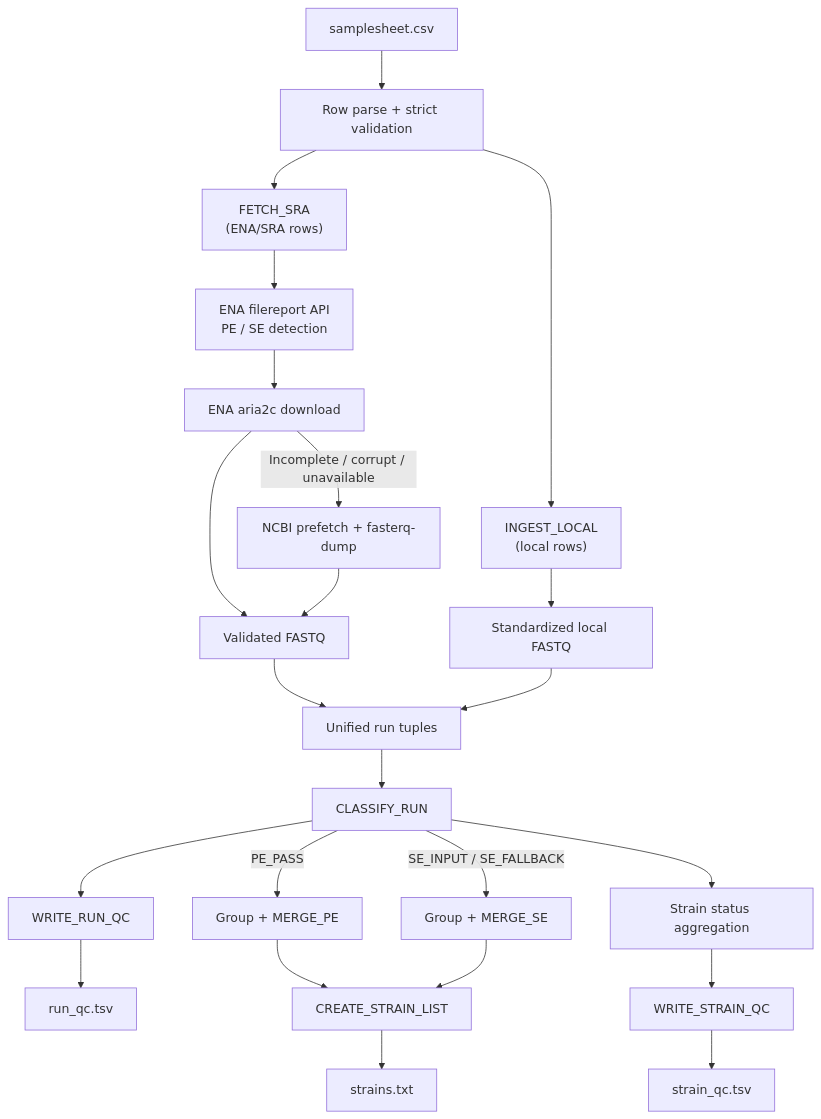
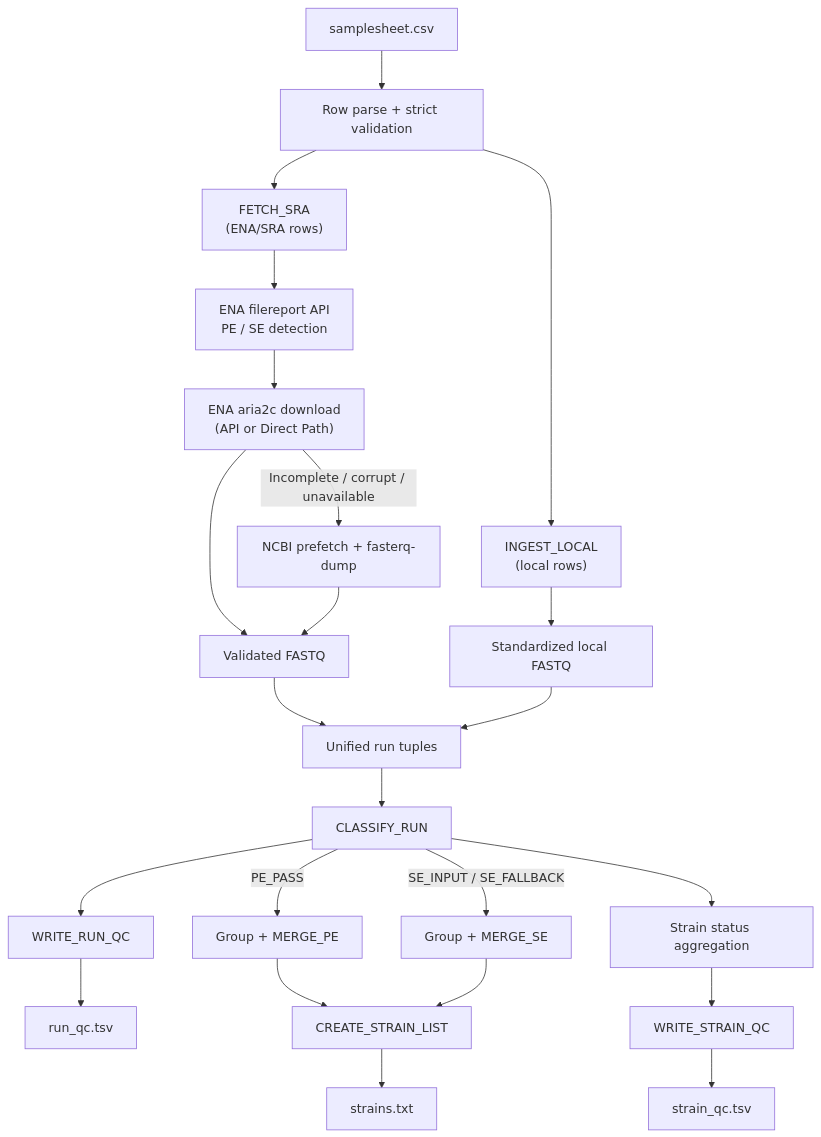
One commit to hanzala-14/saccharomyces-genomics-pipeline changed the diagram in docs/MODULE_1_DATA_ACQUISITION.md. Above: the diagram before and after it, drawn with Mermaid. The commit also changed other lines of this file and 5 other files, not shown here.

````diff
--- a/docs/MODULE_1_DATA_ACQUISITION.md
+++ b/docs/MODULE_1_DATA_ACQUISITION.md
@@ -115,32 +116,33 @@
 ```mermaid
 flowchart TD
     A["samplesheet.csv"] --> B["Row parse + strict validation"]
 
     B --> C1["FETCH_SRA<br/>(ENA/SRA rows)"]
     B --> C2["INGEST_LOCAL<br/>(local rows)"]
 
     C1 --> D1["ENA filereport API<br/>PE / SE detection"]
-    D1 --> D2["ENA aria2c download"]
+    D1 --> D2["ENA aria2c download<br/>(API or Direct Path)"]
     D2 -->|Incomplete / corrupt / unavailable| D3["NCBI prefetch + fasterq-dump"]
 
     D2 --> D4["Validated FASTQ"]
     D3 --> D4
 
     C2 --> D5["Standardized local FASTQ"]
 
     D4 --> E["Unified run tuples"]
     D5 --> E
 
     E --> F["CLASSIFY_RUN"]
 
     F -->|PE_PASS| G["Group + MERGE_PE"]
     F -->|SE_INPUT / SE_FALLBACK| H["Group + MERGE_SE"]
 
     F --> I["WRITE_RUN_QC"] --> I_OUT["run_qc.tsv"]
 
     F --> J["Strain status aggregation"]
     J --> K["WRITE_STRAIN_QC"] --> K_OUT["strain_qc.tsv"]
 
     G --> L["CREATE_STRAIN_LIST"] --> L_OUT["strains.txt"]
     H --> L
+
 ```
````
